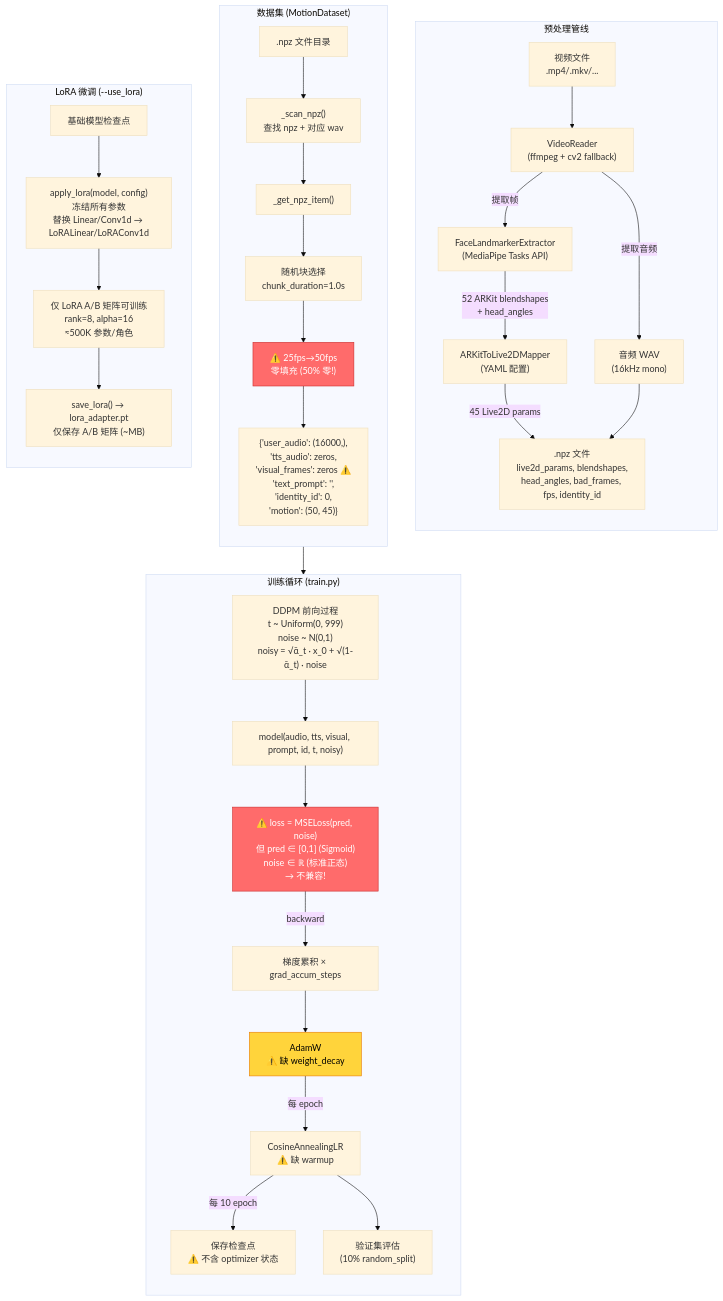
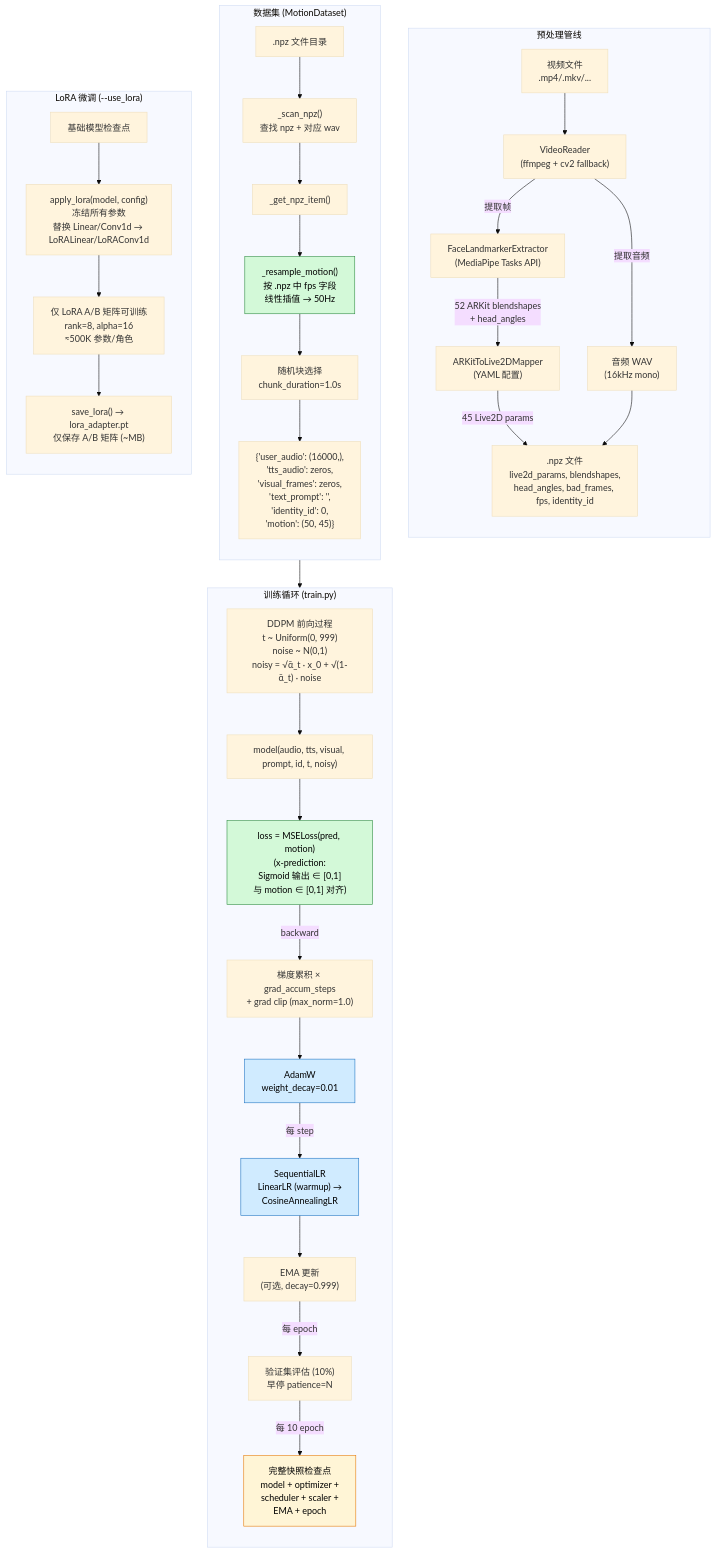
One commit to AsdfAlex-learning/Amadeus changed the fourth of 11 diagrams in docs/ARCHITECTURE_DIAGRAMS.md. Above: the diagram before and after it, drawn with Mermaid (base theme). The commit also changed other lines of this file, not shown here.

````diff
--- a/docs/ARCHITECTURE_DIAGRAMS.md
+++ b/docs/ARCHITECTURE_DIAGRAMS.md
@@ -189,44 +210,47 @@
 ```mermaid
 flowchart TB
     subgraph Preprocess["预处理管线"]
         direction TB
         VIDEO["视频文件<br/>.mp4/.mkv/..."] --> VR["VideoReader<br/>(ffmpeg + cv2 fallback)"]
         VR -->|"提取帧"| FL["FaceLandmarkerExtractor<br/>(MediaPipe Tasks API)"]
         VR -->|"提取音频"| AUDIO_WAV["音频 WAV<br/>(16kHz mono)"]
         FL -->|"52 ARKit blendshapes<br/>+ head_angles"| MAP["ARKitToLive2DMapper<br/>(YAML 配置)"]
         MAP -->|"45 Live2D params"| NPZ[".npz 文件<br/>live2d_params, blendshapes,<br/>head_angles, bad_frames, fps, identity_id"]
         AUDIO_WAV --> NPZ
     end
 
     subgraph Dataset["数据集 (MotionDataset)"]
         direction TB
         NPZ_DATA[".npz 文件目录"] --> SCAN["_scan_npz()<br/>查找 npz + 对应 wav"]
         SCAN --> LOAD["_get_npz_item()"]
-        LOAD --> CHUNk["随机块选择<br/>chunk_duration=1.0s"]
-        CHUNk --> PAD["⚠️ 25fps→50fps<br/>零填充 (50% 零!)"]
-        PAD --> BATCH["{'user_audio': (16000,),<br/>'tts_audio': zeros,<br/>'visual_frames': zeros ⚠️<br/>'text_prompt': '',<br/>'identity_id': 0,<br/>'motion': (50, 45)}"]
+        LOAD --> RESAMPLE["_resample_motion()<br/>按 .npz 中 fps 字段<br/>线性插值 → 50Hz"]
+        RESAMPLE --> CHUNk["随机块选择<br/>chunk_duration=1.0s"]
+        CHUNk --> BATCH["{'user_audio': (16000,),<br/>'tts_audio': zeros,<br/>'visual_frames': zeros,<br/>'text_prompt': '',<br/>'identity_id': 0,<br/>'motion': (50, 45)}"]
     end
 
     subgraph TrainingLoop["训练循环 (train.py)"]
         direction TB
         BATCH --> DIFF["DDPM 前向过程<br/>t ~ Uniform(0, 999)<br/>noise ~ N(0,1)<br/>noisy = √ᾱ_t · x_0 + √(1-ᾱ_t) · noise"]
         DIFF --> PRED["model(audio, tts, visual, prompt, id, t, noisy)"]
-        PRED --> LOSS["⚠️ loss = MSELoss(pred, noise)<br/>但 pred ∈ [0,1] (Sigmoid)<br/>noise ∈ ℝ (标准正态)<br/>→ 不兼容!"]
-        LOSS -->|"backward"| GRAD["梯度累积 × grad_accum_steps"]
-        GRAD --> OPT["AdamW<br/>⚠️ 缺 weight_decay"]
-        OPT -->|"每 epoch"| SCHED["CosineAnnealingLR<br/>⚠️ 缺 warmup"]
-        SCHED -->|"每 10 epoch"| CKPT["保存检查点<br/>⚠️ 不含 optimizer 状态"]
-        SCHED --> VAL["验证集评估<br/>(10% random_split)"]
+        PRED --> LOSS["loss = MSELoss(pred, motion)<br/>(x-prediction:<br/>Sigmoid 输出 ∈ [0,1]<br/>与 motion ∈ [0,1] 对齐)"]
+        LOSS -->|"backward"| GRAD["梯度累积 × grad_accum_steps<br/>+ grad clip (max_norm=1.0)"]
+        GRAD --> OPT["AdamW<br/>weight_decay=0.01"]
+        OPT -->|"每 step"| SCHED["SequentialLR<br/>LinearLR (warmup) →<br/>CosineAnnealingLR"]
+        SCHED --> EMA["EMA 更新<br/>(可选, decay=0.999)"]
+        EMA -->|"每 epoch"| VAL["验证集评估 (10%)<br/>早停 patience=N"]
+        VAL -->|"每 10 epoch"| CKPT["完整快照检查点<br/>model + optimizer +<br/>scheduler + scaler +<br/>EMA + epoch"]
     end
 
     subgraph LoRA["LoRA 微调 (--use_lora)"]
         direction TB
         BASE_CKPT["基础模型检查点"] --> LORA_APPLY["apply_lora(model, config)<br/>冻结所有参数<br/>替换 Linear/Conv1d → LoRALinear/LoRAConv1d"]
         LORA_APPLY --> LORA_TRAIN["仅 LoRA A/B 矩阵可训练<br/>rank=8, alpha=16<br/>≈500K 参数/角色"]
         LORA_TRAIN --> LORA_SAVE["save_lora() → lora_adapter.pt<br/>仅保存 A/B 矩阵 (~MB)"]
     end
 
-    style PAD fill:#ff6b6b,stroke:#c92a2a,color:#fff
-    style LOSS fill:#ff6b6b,stroke:#c92a2a,color:#fff
-    style OPT fill:#ffd43b,stroke:#e67700,color:#000
+    style RESAMPLE fill:#d3f9d8,stroke:#2b8a3e,color:#000
+    style LOSS fill:#d3f9d8,stroke:#2b8a3e,color:#000
+    style OPT fill:#d0ebff,stroke:#1971c2,color:#000
+    style SCHED fill:#d0ebff,stroke:#1971c2,color:#000
+    style CKPT fill:#fff5d6,stroke:#e67700,color:#000
 ```
````
